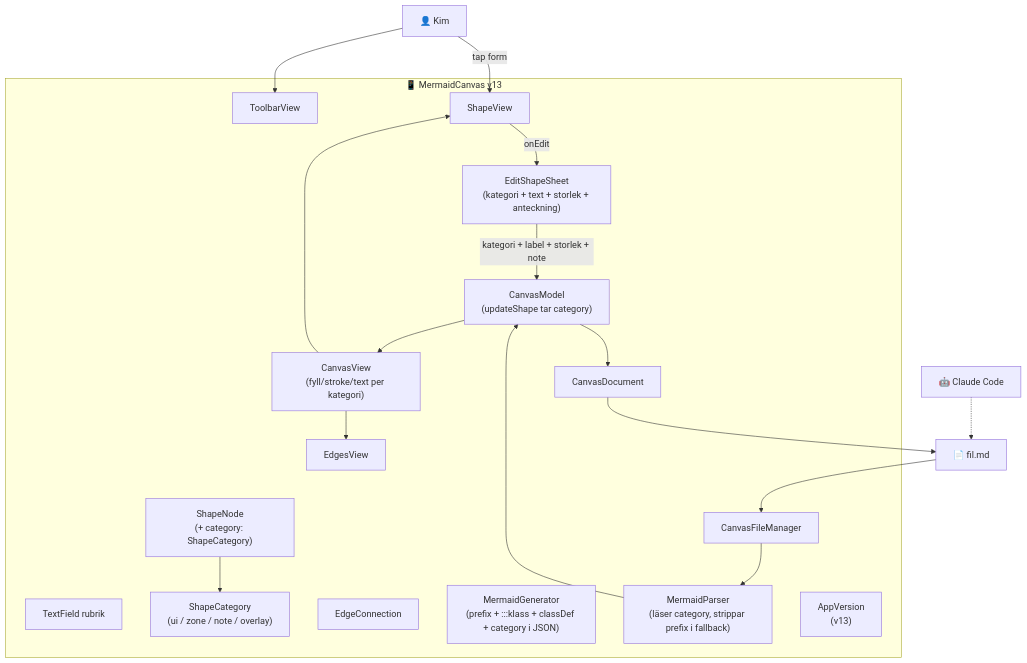
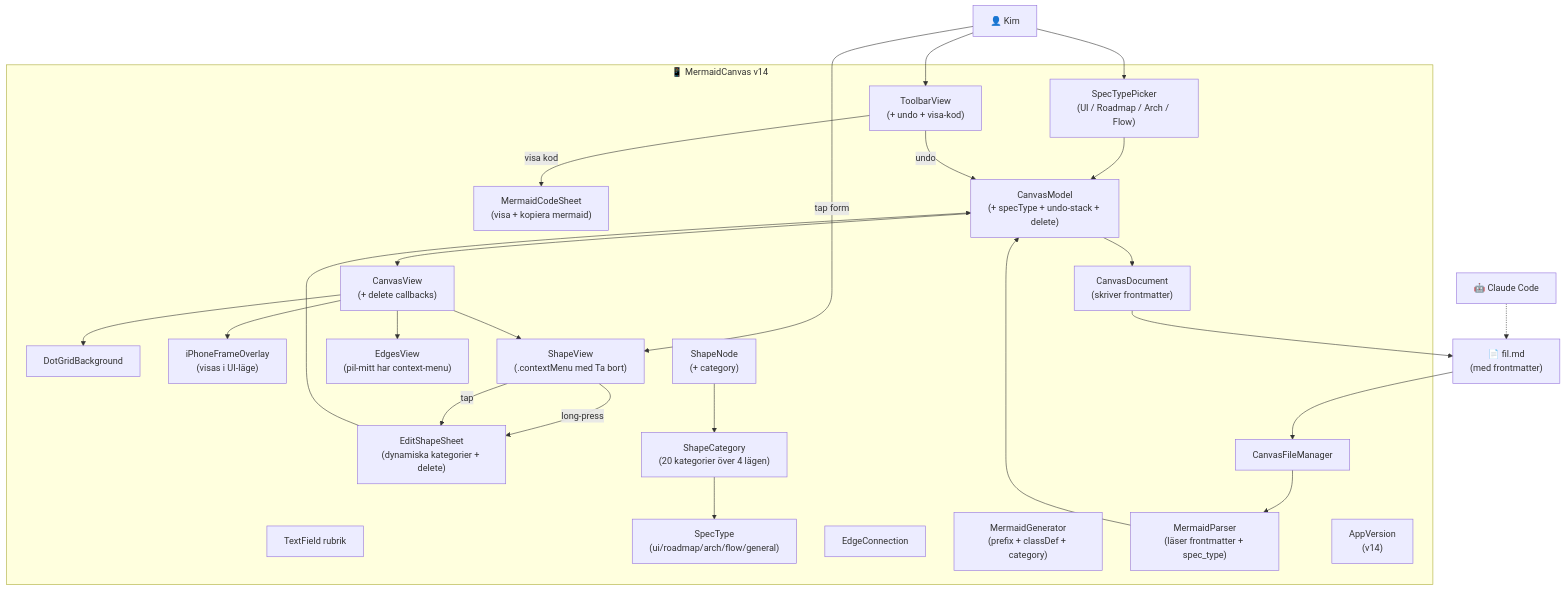
One commit to kim0scar/MermaidCanvas changed the diagram in ARKITEKTUR-MERMAID.md. Above: the diagram before and after it, drawn with Mermaid. The commit also changed other lines of this file and 16 other files, not shown here.

First line of the commit message:
v14: multi-mode (UI/Roadmap/Arch/Flow) + canvas-grund

````diff
--- a/ARKITEKTUR-MERMAID.md
+++ b/ARKITEKTUR-MERMAID.md
@@ -8,40 +8,53 @@
 ```mermaid
 flowchart TD
     Kim["👤 Kim"]
     Claude["🤖 Claude Code"]
 
-    subgraph App["📱 MermaidCanvas v13"]
-        ToolbarView["ToolbarView"]
+    subgraph App["📱 MermaidCanvas v14"]
+        SpecTypePicker["SpecTypePicker<br/>(UI / Roadmap / Arch / Flow)"]
+        ToolbarView["ToolbarView<br/>(+ undo + visa-kod)"]
         TitleField["TextField rubrik"]
-        CanvasView["CanvasView<br/>(fyll/stroke/text per kategori)"]
-        ShapeView["ShapeView"]
-        EditShapeSheet["EditShapeSheet<br/>(kategori + text + storlek + anteckning)"]
-        EdgesView["EdgesView"]
-        CanvasModel["CanvasModel<br/>(updateShape tar category)"]
-        ShapeNode["ShapeNode<br/>(+ category: ShapeCategory)"]
-        ShapeCategory["ShapeCategory<br/>(ui / zone / note / overlay)"]
+        CanvasView["CanvasView<br/>(+ delete callbacks)"]
+        DotGridBackground["DotGridBackground"]
+        iPhoneFrameOverlay["iPhoneFrameOverlay<br/>(visas i UI-läge)"]
+        ShapeView["ShapeView<br/>(.contextMenu med Ta bort)"]
+        EdgesView["EdgesView<br/>(pil-mitt har context-menu)"]
+        EditShapeSheet["EditShapeSheet<br/>(dynamiska kategorier + delete)"]
+        MermaidCodeSheet["MermaidCodeSheet<br/>(visa + kopiera mermaid)"]
+        CanvasModel["CanvasModel<br/>(+ specType + undo-stack + delete)"]
+        ShapeNode["ShapeNode<br/>(+ category)"]
+        ShapeCategory["ShapeCategory<br/>(20 kategorier över 4 lägen)"]
+        SpecType["SpecType<br/>(ui/roadmap/arch/flow/general)"]
         EdgeConnection["EdgeConnection"]
-        MermaidGenerator["MermaidGenerator<br/>(prefix + :::klass + classDef + category i JSON)"]
-        MermaidParser["MermaidParser<br/>(läser category, strippar prefix i fallback)"]
-        CanvasDocument["CanvasDocument"]
+        MermaidGenerator["MermaidGenerator<br/>(prefix + classDef + category)"]
+        MermaidParser["MermaidParser<br/>(läser frontmatter + spec_type)"]
+        CanvasDocument["CanvasDocument<br/>(skriver frontmatter)"]
         CanvasFileManager["CanvasFileManager"]
-        AppVersion["AppVersion<br/>(v13)"]
+        AppVersion["AppVersion<br/>(v14)"]
     end
 
-    File["📄 fil.md"]
+    File["📄 fil.md<br/>(med frontmatter)"]
 
+    Kim --> SpecTypePicker
+    SpecTypePicker --> CanvasModel
     Kim --> ToolbarView
     Kim -->|tap form| ShapeView
-    ShapeView -->|onEdit| EditShapeSheet
-    EditShapeSheet -->|kategori + label + storlek + note| CanvasModel
+    ShapeView -->|long-press| EditShapeSheet
+    ShapeView -->|tap| EditShapeSheet
+    EditShapeSheet --> CanvasModel
+    ToolbarView -->|visa kod| MermaidCodeSheet
+    ToolbarView -->|undo| CanvasModel
     ShapeNode --> ShapeCategory
+    ShapeCategory --> SpecType
     CanvasModel --> CanvasView
+    CanvasView --> DotGridBackground
+    CanvasView --> iPhoneFrameOverlay
     CanvasView --> ShapeView
     CanvasView --> EdgesView
     CanvasModel --> CanvasDocument
     CanvasDocument --> File
     File --> CanvasFileManager
     CanvasFileManager --> MermaidParser
     MermaidParser --> CanvasModel
     Claude -.-> File
 ```
````
